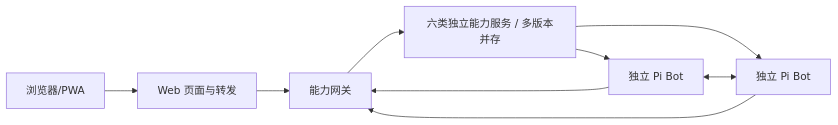
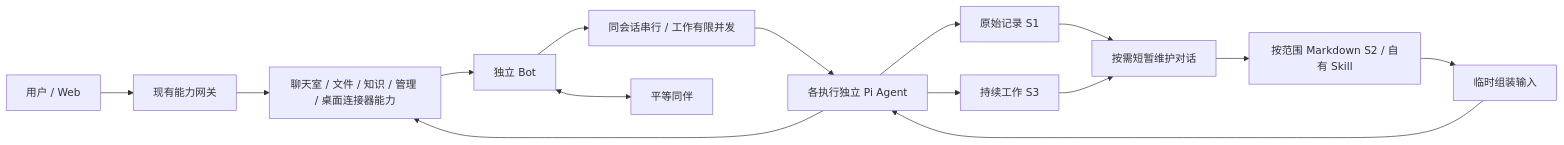
Before and after one commit to buyun00/Summon-Bot: the diagram in docs/ARCHITECTURE.md, drawn with Mermaid. The commit also changed other lines of this file and 68 other files, not shown here.

Commit message:
feat: deliver PiAgent v2 persistent work and Markdown maintenance

````diff
--- a/docs/ARCHITECTURE.md
+++ b/docs/ARCHITECTURE.md
@@ -5,11 +5,17 @@
 ```mermaid
 flowchart LR
-  U[浏览器/PWA] --> W[Web 页面与转发]
-  W --> G[能力网关]
-  G --> C[六类独立能力服务 / 多版本并存]
-  C --> B1[独立 Pi Bot]
-  C --> B2[独立 Pi Bot]
-  B1 --> G
-  B2 --> G
-  B1 <--> B2
+  U[用户 / Web] --> G[现有能力网关]
+  G --> C[聊天室 / 文件 / 知识 / 管理 / 桌面连接器能力]
+  C --> B[独立 Bot]
+  B --> Q[同会话串行 / 工作有限并发]
+  Q --> P[各执行独立 Pi Agent]
+  P --> S1[原始记录 S1]
+  P --> S3[持续工作 S3]
+  S1 --> M[按需短暂维护对话]
+  S3 --> M
+  M --> MD[按范围 Markdown S2 / 自有 Skill]
+  MD --> A[临时组装输入]
+  A --> P
+  B <--> PEER[平等同伴]
+  P --> C
 ```
````
